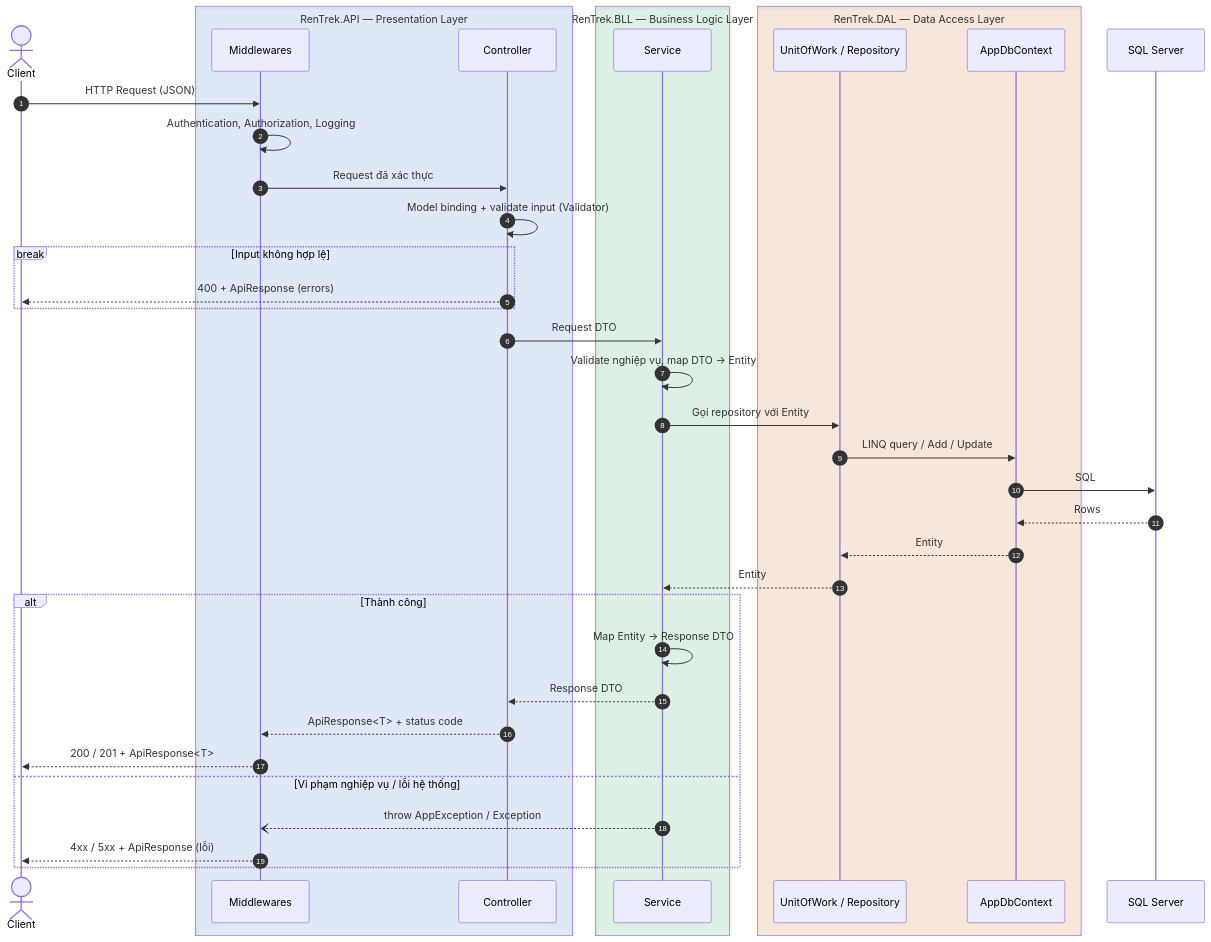
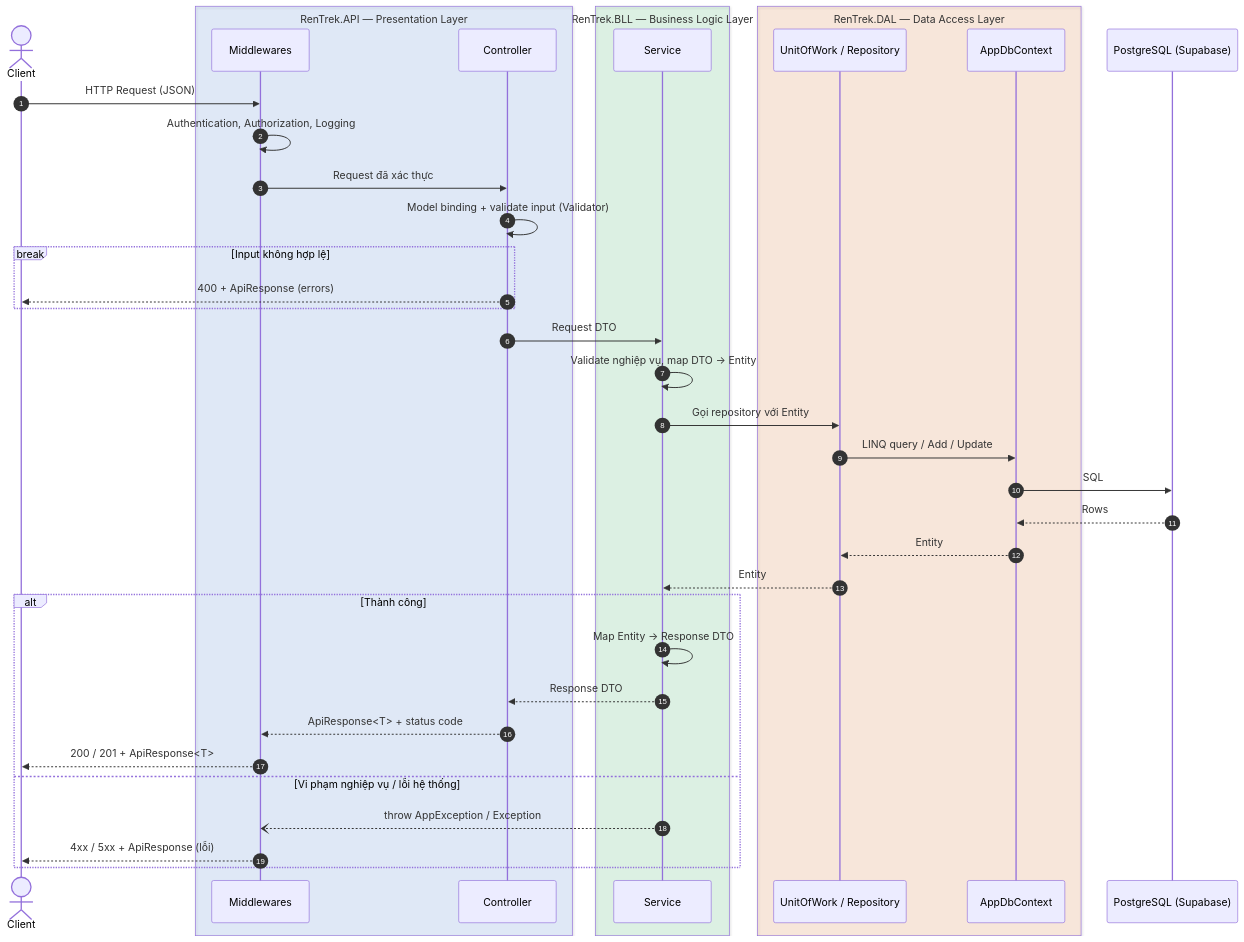
The first of 2 diagrams in docs/02-ARCHITECTURE.md (namle0017/rentTrek-be), drawn with Mermaid before and after one commit. The commit also changed other lines of this file and 57 other files, not shown here.

````diff
--- a/docs/02-ARCHITECTURE.md
+++ b/docs/02-ARCHITECTURE.md
@@ -22,45 +22,45 @@
 ```mermaid
 sequenceDiagram
     autonumber
     actor C as Client
     box rgba(59,130,246,0.12) RenTrek.API — Presentation Layer
         participant MW as Middlewares
         participant CTL as Controller
     end
     box rgba(34,197,94,0.12) RenTrek.BLL — Business Logic Layer
         participant SVC as Service
     end
     box rgba(249,115,22,0.12) RenTrek.DAL — Data Access Layer
         participant UOW as UnitOfWork / Repository
         participant CTX as AppDbContext
     end
-    participant DB as SQL Server
+    participant DB as PostgreSQL (Supabase)
 
     C->>MW: HTTP Request (JSON)
     MW->>MW: Authentication, Authorization, Logging
     MW->>CTL: Request đã xác thực
     CTL->>CTL: Model binding + validate input (Validator)
 
     break Input không hợp lệ
         CTL-->>C: 400 + ApiResponse (errors)
     end
 
     CTL->>SVC: Request DTO
     SVC->>SVC: Validate nghiệp vụ, map DTO → Entity
     SVC->>UOW: Gọi repository với Entity
     UOW->>CTX: LINQ query / Add / Update
     CTX->>DB: SQL
     DB-->>CTX: Rows
     CTX-->>UOW: Entity
     UOW-->>SVC: Entity
 
     alt Thành công
         SVC->>SVC: Map Entity → Response DTO
         SVC-->>CTL: Response DTO
         CTL-->>MW: ApiResponse#lt;T#gt; + status code
         MW-->>C: 200 / 201 + ApiResponse#lt;T#gt;
     else Vi phạm nghiệp vụ / lỗi hệ thống
         SVC--)MW: throw AppException / Exception
         MW-->>C: 4xx / 5xx + ApiResponse (lỗi)
     end
 ```
````
